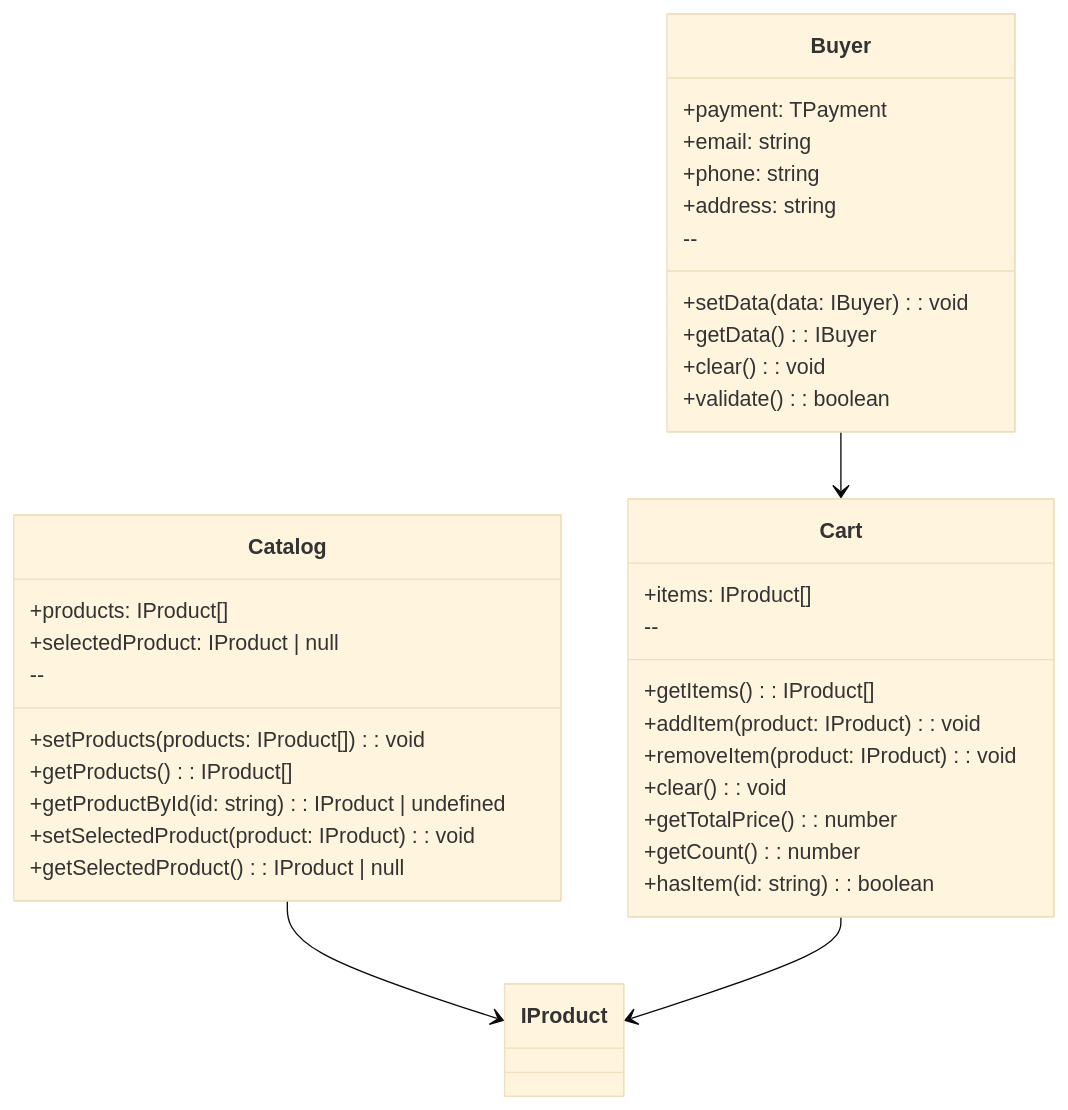
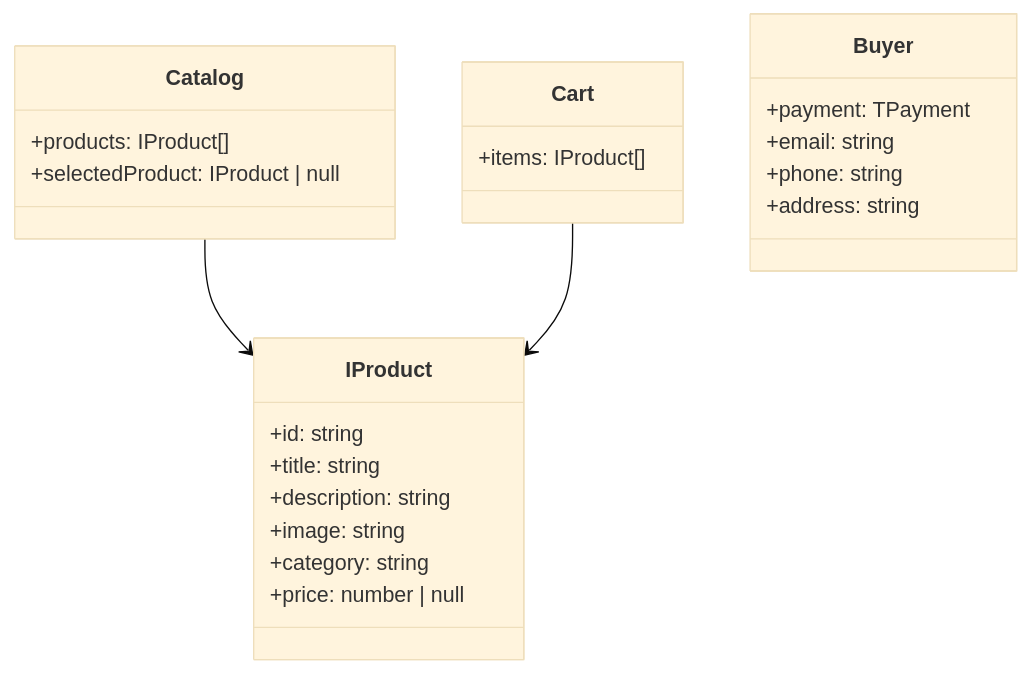
Before and after one commit to freedigestone/weblarek: the second of 2 diagrams in README.md, drawn with Mermaid (base theme).

Commit message:
Update README.md 5

````diff
--- a/README.md
+++ b/README.md
@@ -319,41 +319,30 @@
 ```mermaid
 classDiagram
+    class IProduct {
+        +id: string
+        +title: string
+        +description: string
+        +image: string
+        +category: string
+        +price: number | null
+    }
+
     class Catalog {
         +products: IProduct[]
         +selectedProduct: IProduct | null
-        --
-        +setProducts(products: IProduct[]): void
-        +getProducts(): IProduct[]
-        +getProductById(id: string): IProduct | undefined
-        +setSelectedProduct(product: IProduct): void
-        +getSelectedProduct(): IProduct | null
     }
 
     class Cart {
         +items: IProduct[]
-        --
-        +getItems(): IProduct[]
-        +addItem(product: IProduct): void
-        +removeItem(product: IProduct): void
-        +clear(): void
-        +getTotalPrice(): number
-        +getCount(): number
-        +hasItem(id: string): boolean
     }
 
     class Buyer {
         +payment: TPayment
         +email: string
         +phone: string
         +address: string
-        --
-        +setData(data: IBuyer): void
-        +getData(): IBuyer
-        +clear(): void
-        +validate(): boolean
     }
 
     Catalog --> IProduct
     Cart --> IProduct
-    Buyer --> Cart
 ```
````
